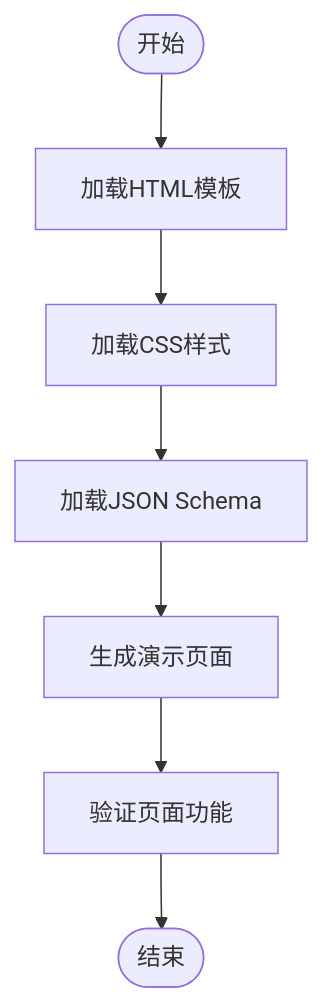
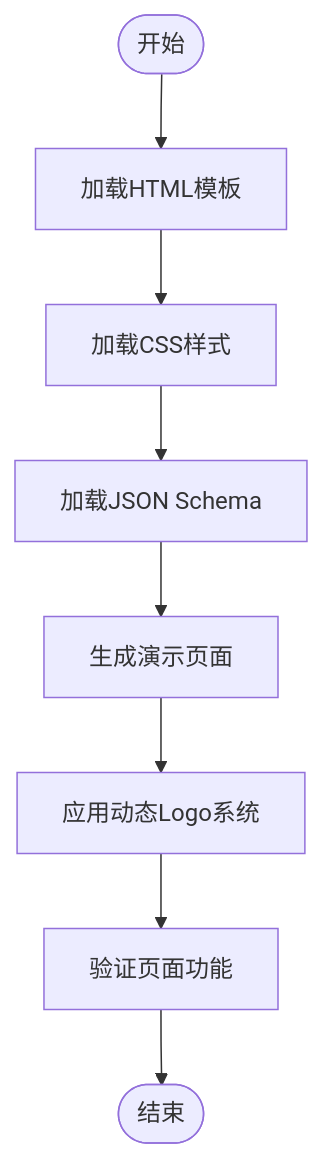
Diagram 11 of 12 in .qoder/repowiki/zh/content/后端框架测试/Express框架测试.md (esa-sp/test-for-aone-ci), drawn with Mermaid before and after one commit. The commit also changed other lines of this file and 15 other files, not shown here.

````diff
--- a/.qoder/repowiki/zh/content/后端框架测试/Express框架测试.md
+++ b/.qoder/repowiki/zh/content/后端框架测试/Express框架测试.md
@@ -372,9 +521,10 @@
 ```mermaid
 flowchart TD
 Start(["开始"]) --> LoadTemplate["加载HTML模板"]
 LoadTemplate --> LoadStyles["加载CSS样式"]
 LoadStyles --> LoadSchema["加载JSON Schema"]
 LoadSchema --> GeneratePage["生成演示页面"]
-GeneratePage --> ValidatePage["验证页面功能"]
+GeneratePage --> DynamicLogo["应用动态Logo系统"]
+DynamicLogo --> ValidatePage["验证页面功能"]
 ValidatePage --> End(["结束"])
 ```
````
